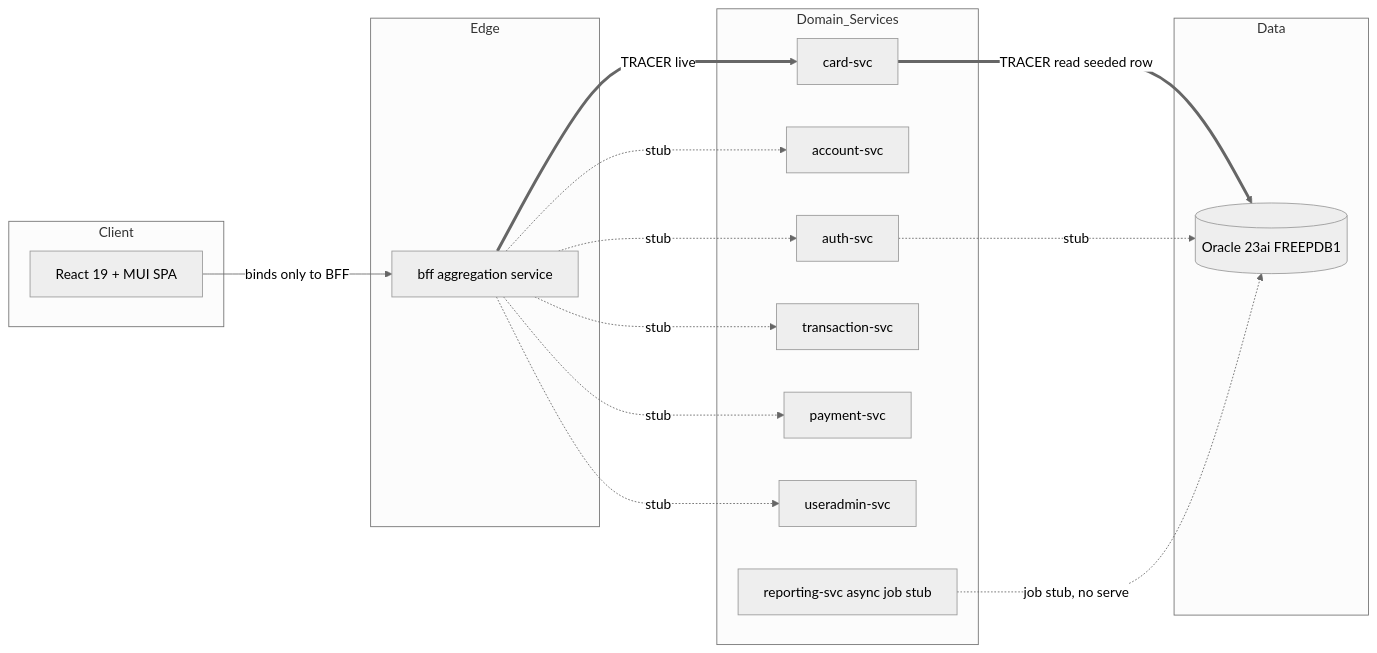
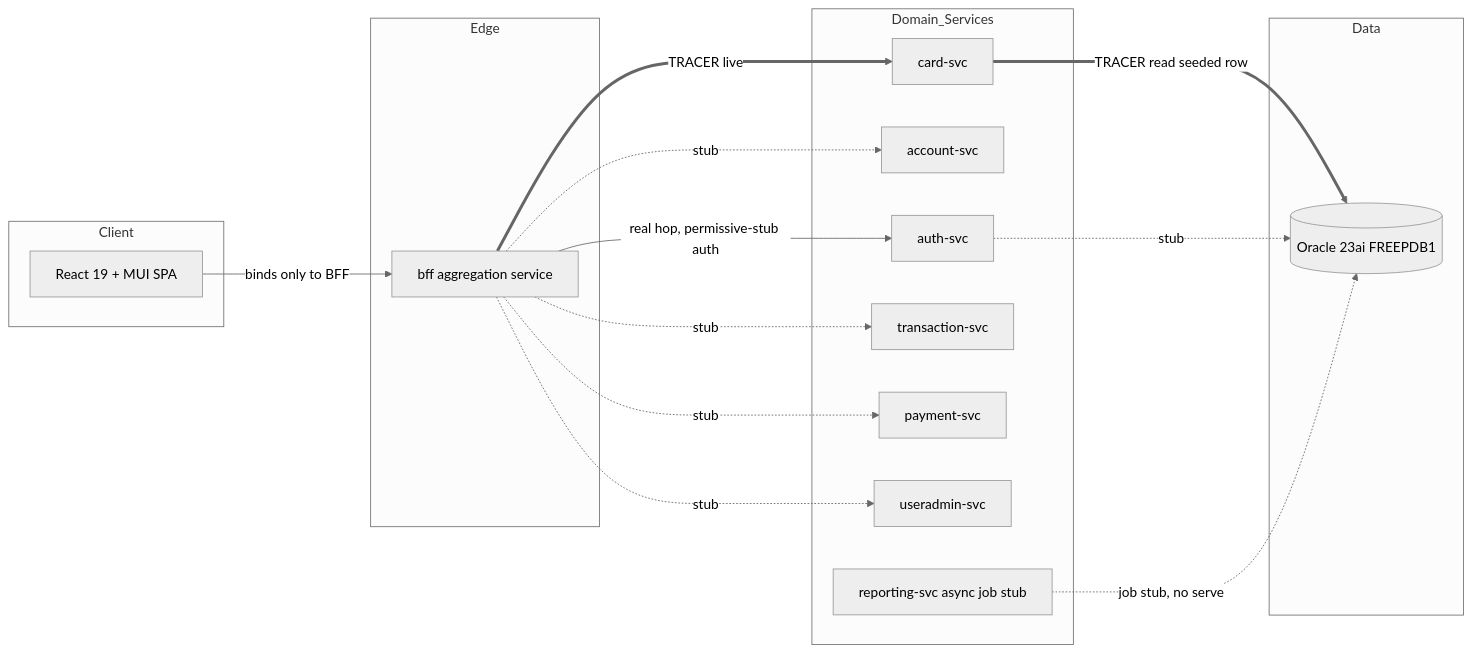
The first of 2 diagrams in docs/skeleton/architecture.md (Blitzy-Sandbox/blitzy-card-demo), drawn with Mermaid (neutral theme) before and after one commit. The commit also changed other lines of this file and 12 other files, not shown here.

````diff
--- a/docs/skeleton/architecture.md
+++ b/docs/skeleton/architecture.md
@@ -30,32 +30,32 @@
 ```mermaid
 graph LR
     subgraph Client
         UI[React 19 + MUI SPA]
     end
     subgraph Edge
         BFF[bff aggregation service]
     end
     subgraph Domain_Services
         AUTH[auth-svc]
         ACCT[account-svc]
         CARD[card-svc]
         TXN[transaction-svc]
         PAY[payment-svc]
         USR[useradmin-svc]
         RPT[reporting-svc async job stub]
     end
     subgraph Data
         ORA[(Oracle 23ai FREEPDB1)]
     end
 
     UI -->|binds only to BFF| BFF
-    BFF -.stub.-> AUTH
+    BFF -->|real hop, permissive-stub auth| AUTH
     BFF -.stub.-> ACCT
     BFF ==>|TRACER live| CARD
     BFF -.stub.-> TXN
     BFF -.stub.-> PAY
     BFF -.stub.-> USR
     CARD ==>|TRACER read seeded row| ORA
     AUTH -.stub.-> ORA
     RPT -.job stub, no serve.-> ORA
 ```
````
